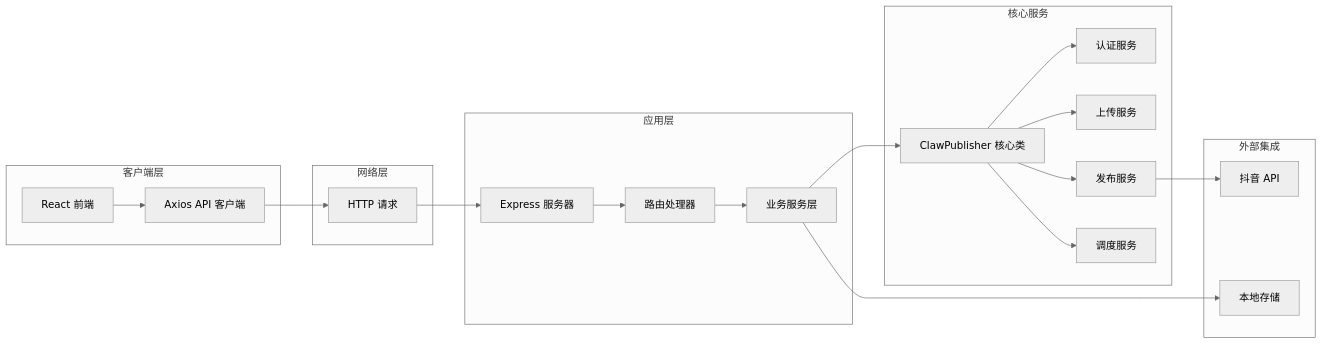
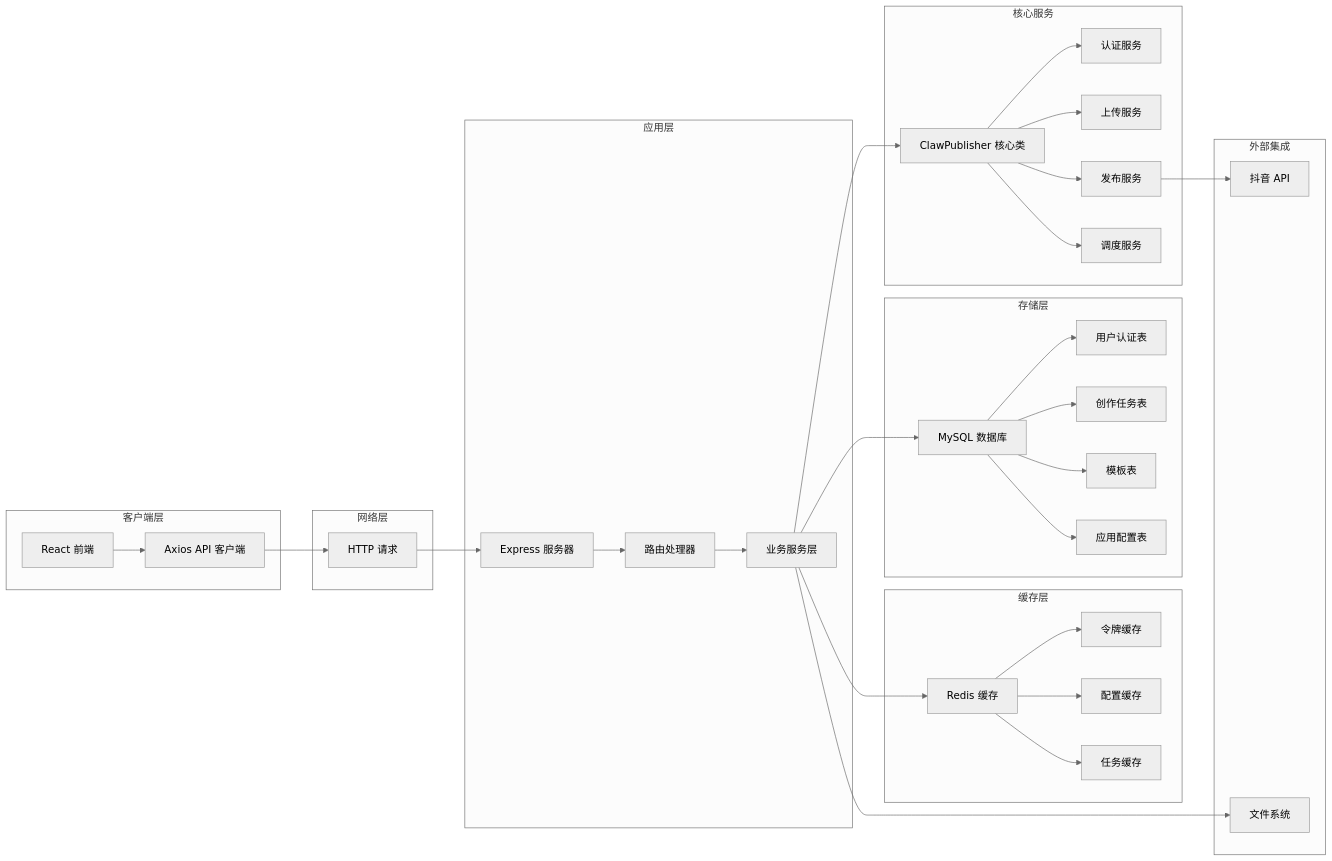
One commit to songdiyang/clawOperations changed the seventh of 7 diagrams in .qoder/repowiki/zh/content/Websocket System Removed.md. Above: the diagram before and after it, drawn with Mermaid (neutral theme). The commit also changed other lines of this file and 10 other files, not shown here.

````diff
--- a/.qoder/repowiki/zh/content/Websocket System Removed.md
+++ b/.qoder/repowiki/zh/content/Websocket System Removed.md
@@ -197,25 +294,38 @@
 ```mermaid
 graph LR
 subgraph "客户端层"
 A[React 前端] --> B[Axios API 客户端]
 end
 subgraph "网络层"
 B --> C[HTTP 请求]
 end
 subgraph "应用层"
 C --> D[Express 服务器]
 D --> E[路由处理器]
 E --> F[业务服务层]
 end
+subgraph "缓存层"
+F --> G[Redis 缓存]
+G --> H[令牌缓存]
+G --> I[配置缓存]
+G --> J[任务缓存]
+end
+subgraph "存储层"
+F --> K[MySQL 数据库]
+K --> L[用户认证表]
+K --> M[创作任务表]
+K --> N[模板表]
+K --> O[应用配置表]
+end
 subgraph "核心服务"
-F --> G[ClawPublisher 核心类]
-G --> H[认证服务]
-G --> I[上传服务]
-G --> J[发布服务]
-G --> K[调度服务]
+F --> P[ClawPublisher 核心类]
+P --> Q[认证服务]
+P --> R[上传服务]
+P --> S[发布服务]
+P --> T[调度服务]
 end
 subgraph "外部集成"
-J --> L[抖音 API]
-F --> M[本地存储]
+S --> U[抖音 API]
+F --> V[文件系统]
 end
 ```
````
